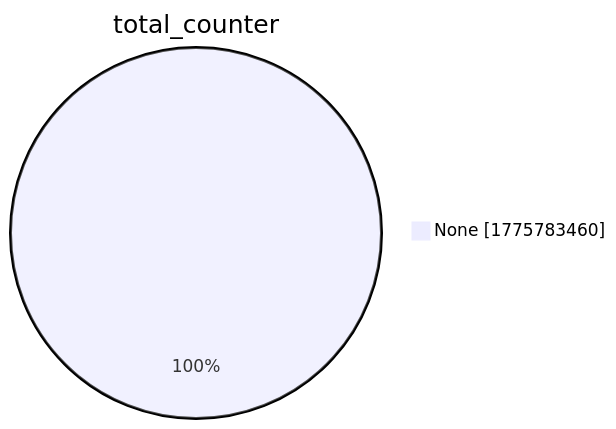
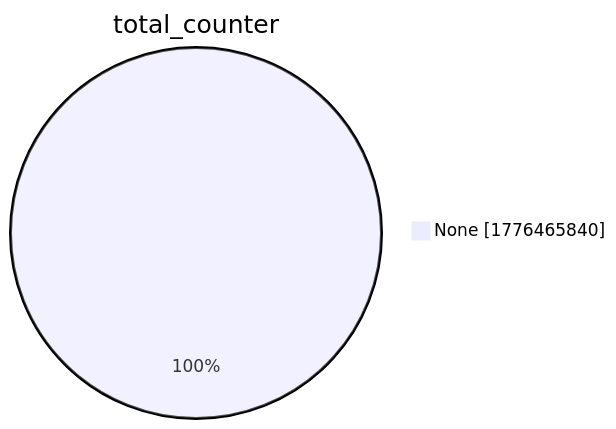
Before and after one commit to christiankrug/ctmonitor_visualization: the second of 15 diagrams in xenon2022/README.md, drawn with Mermaid. The commit also changed other lines of this file, not shown here.

````diff
--- a/xenon2022/README.md
+++ b/xenon2022/README.md
@@ -9,5 +9,5 @@
 ```mermaid
 pie showData
 title total_counter
-"None" :1775783460
+"None" :1776465840
 ```
````
